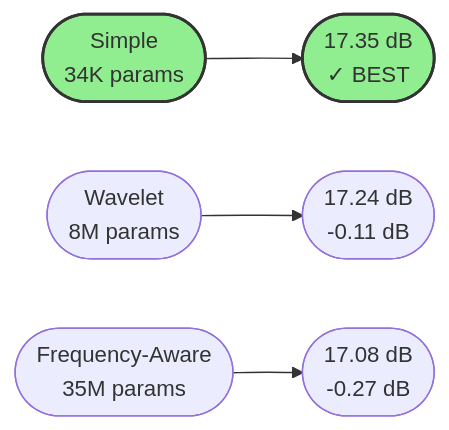
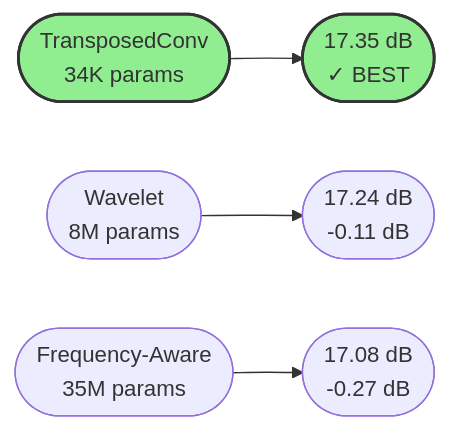
The tenth of 13 diagrams in EXPERIMENTAL_RESULTS_DISCUSSION.md (DanicaBlazanovic/CAP6415_F25_project_Input_Image_Reconstruction_from_Features), drawn with Mermaid before and after one commit. The commit also changed other lines of this file, not shown here.

````diff
--- a/EXPERIMENTAL_RESULTS_DISCUSSION.md
+++ b/EXPERIMENTAL_RESULTS_DISCUSSION.md
@@ -82,9 +632,9 @@
 ```mermaid
 graph LR
-    A([Simple<br/>34K params]) --> E([17.35 dB<br/>✓ BEST])
+    A([TransposedConv<br/>34K params]) --> E([17.35 dB<br/>✓ BEST])
     B([Wavelet<br/>8M params]) --> F([17.24 dB<br/>-0.11 dB])
     C([Frequency-Aware<br/>35M params]) --> G([17.08 dB<br/>-0.27 dB])
     
     style A fill:#90EE90,stroke:#333,stroke-width:2px
     style E fill:#90EE90,stroke:#333,stroke-width:2px
 ```
````
